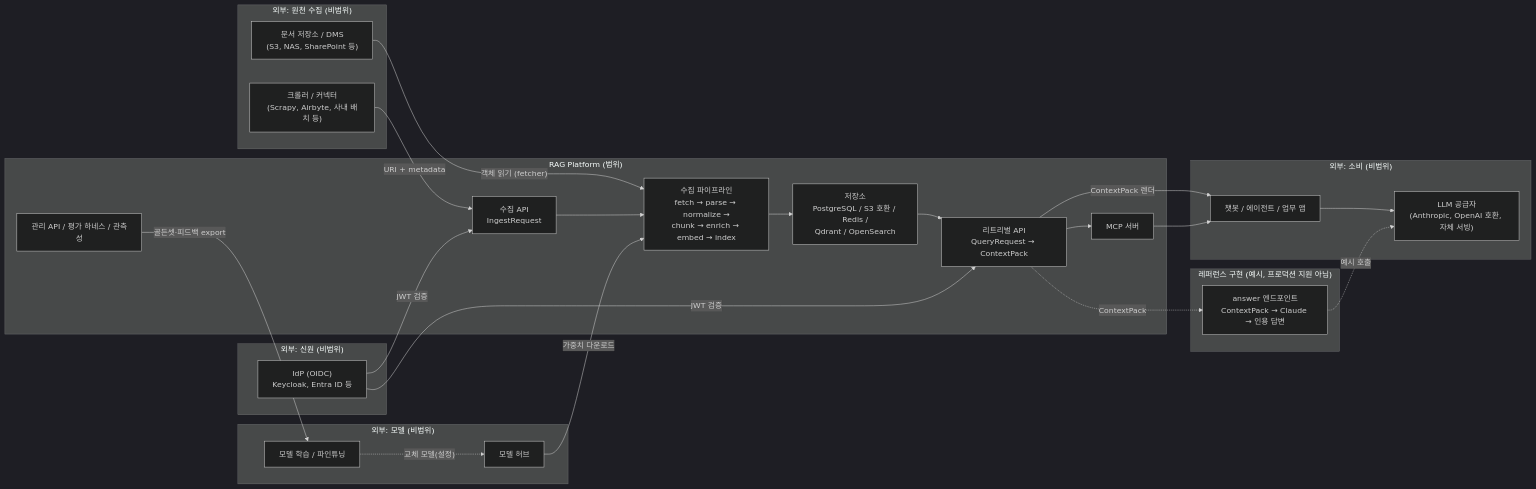
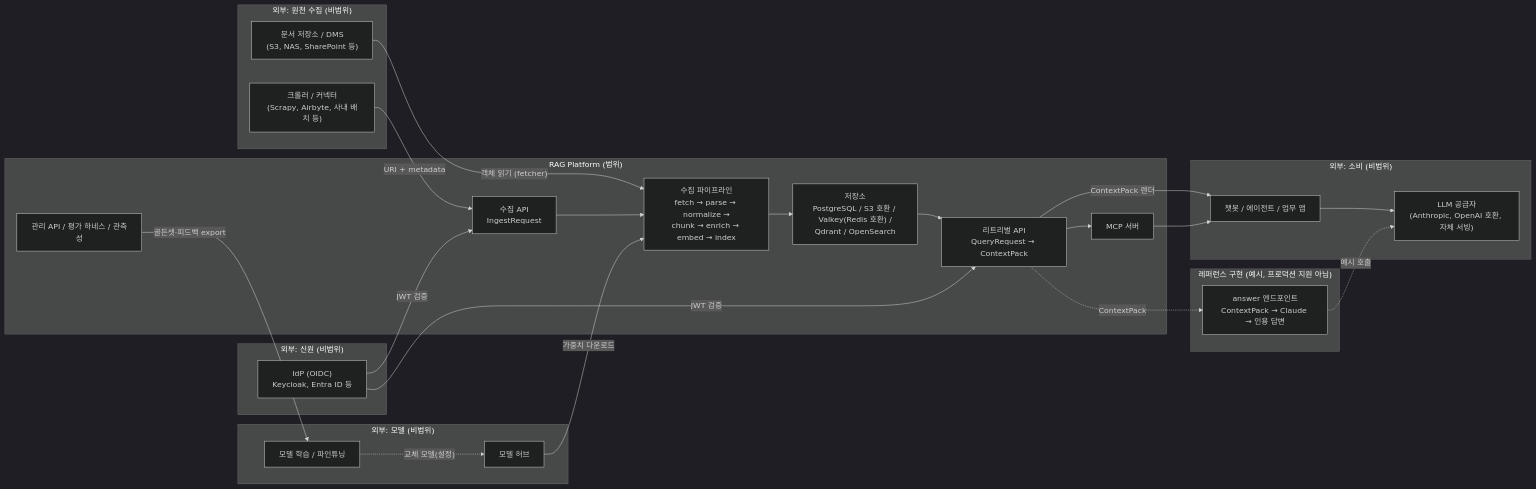
Before and after one commit to dplayamin-ai/rag-platform: the second of 4 diagrams in docs/00-vision/04-scope-and-non-goals.md, drawn with Mermaid (dark theme). The commit also changed other lines of this file and 103 other files, not shown here.

````diff
--- a/docs/00-vision/04-scope-and-non-goals.md
+++ b/docs/00-vision/04-scope-and-non-goals.md
@@ -99,50 +99,50 @@
 ```mermaid
 flowchart LR
     subgraph EXT_IN["외부: 원천 수집 (비범위)"]
         CRAWLER["크롤러 / 커넥터<br/>(Scrapy, Airbyte, 사내 배치 등)"]
         DMS["문서 저장소 / DMS<br/>(S3, NAS, SharePoint 등)"]
     end
 
     subgraph PLATFORM["RAG Platform (범위)"]
         INGEST["수집 API<br/>IngestRequest"]
         PIPE["수집 파이프라인<br/>fetch → parse → normalize →<br/>chunk → enrich → embed → index"]
-        STORE["저장소<br/>PostgreSQL / S3 호환 / Redis /<br/>Qdrant / OpenSearch"]
+        STORE["저장소<br/>PostgreSQL / S3 호환 / Valkey(Redis 호환) /<br/>Qdrant / OpenSearch"]
         RETR["리트리벌 API<br/>QueryRequest → ContextPack"]
         MCP["MCP 서버"]
         MGMT["관리 API / 평가 하네스 / 관측성"]
     end
 
     subgraph EXAMPLES["레퍼런스 구현 (예시, 프로덕션 지원 아님)"]
         ANSWER["answer 엔드포인트<br/>ContextPack → Claude → 인용 답변"]
     end
 
     subgraph EXT_OUT["외부: 소비 (비범위)"]
         APP["챗봇 / 에이전트 / 업무 앱"]
         LLM["LLM 공급자<br/>(Anthropic, OpenAI 호환, 자체 서빙)"]
     end
 
     subgraph EXT_SEC["외부: 신원 (비범위)"]
         IDP["IdP (OIDC)<br/>Keycloak, Entra ID 등"]
     end
 
     subgraph EXT_MODEL["외부: 모델 (비범위)"]
         TRAIN["모델 학습 / 파인튜닝"]
         HUB["모델 허브"]
     end
 
     CRAWLER -- "URI + metadata" --> INGEST
     DMS -- "객체 읽기 (fetcher)" --> PIPE
     INGEST --> PIPE --> STORE
     STORE --> RETR
     RETR --> MCP
     RETR -- "ContextPack 렌더" --> APP
     RETR -. "ContextPack" .-> ANSWER
     MCP --> APP
     APP --> LLM
     ANSWER -. "예시 호출" .-> LLM
     IDP -- "JWT 검증" --> RETR
     IDP -- "JWT 검증" --> INGEST
     HUB -- "가중치 다운로드" --> PIPE
     MGMT -- "골든셋·피드백 export" --> TRAIN
     TRAIN -. "교체 모델(설정)" .-> HUB
 ```
````
